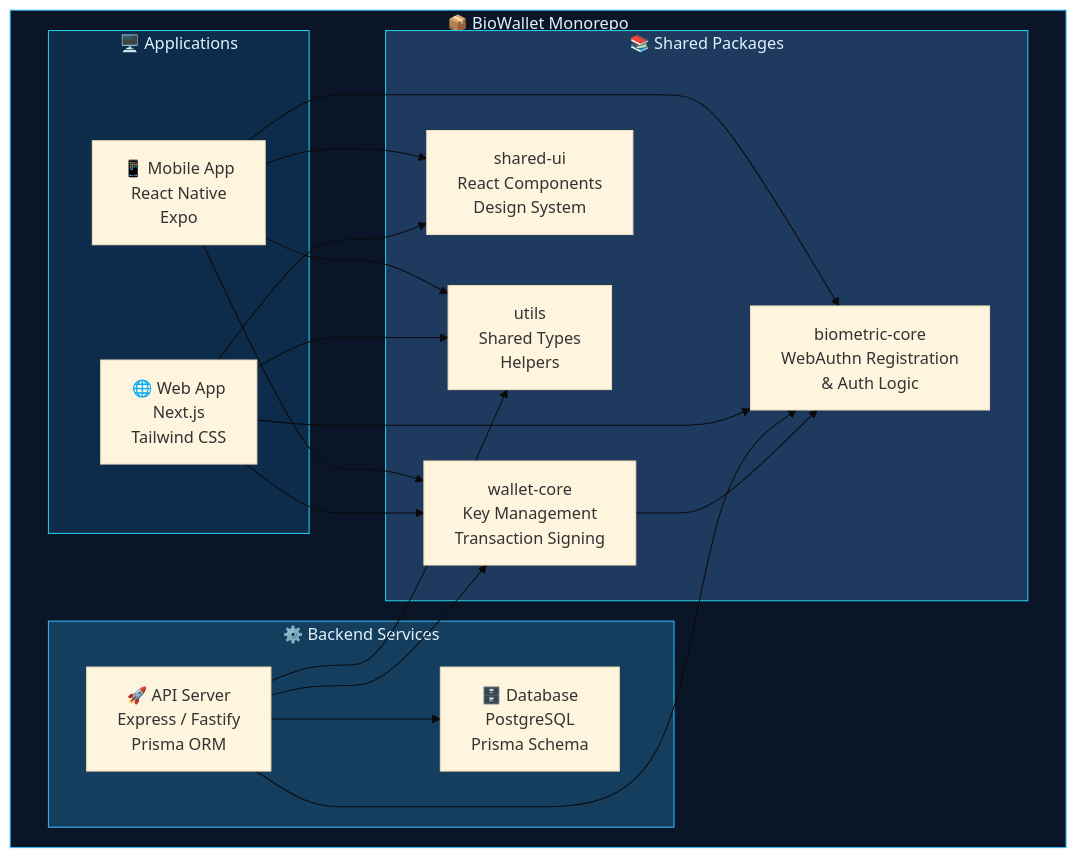
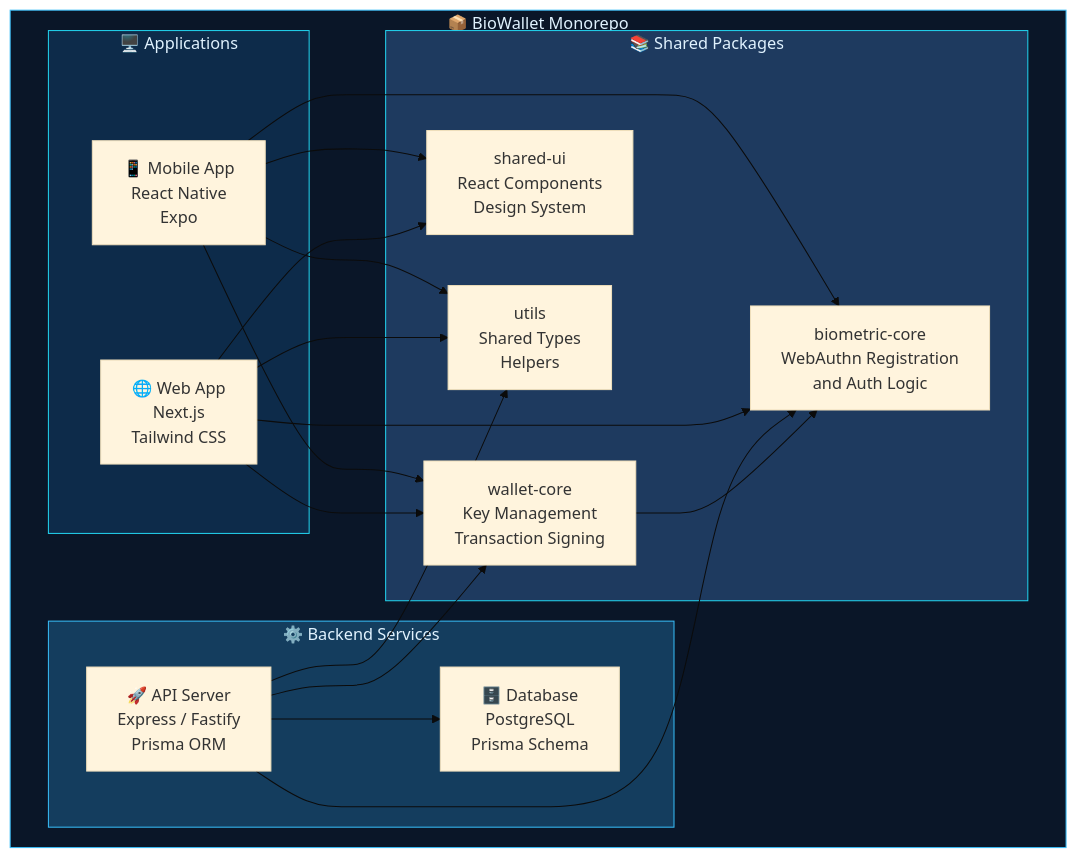
One commit to mulkymalikuldhrs/BioWallet changed the third of 4 diagrams in README.md. Above: the diagram before and after it, drawn with Mermaid (base theme). The commit also changed other lines of this file and 1 other file, not shown here.

Commit message:
🎨 Upgrade: banner image + fixed Mermaid + animations + flow diagrams

````diff
--- a/README.md
+++ b/README.md
@@ -237,43 +147,43 @@
 ```mermaid
 graph TB
     subgraph Turborepo["📦 BioWallet Monorepo"]
         subgraph Apps["🖥️ Applications"]
             Mobile["📱 Mobile App<br/>React Native<br/>Expo"]
             Web["🌐 Web App<br/>Next.js<br/>Tailwind CSS"]
         end
 
         subgraph Backend["⚙️ Backend Services"]
             API["🚀 API Server<br/>Express / Fastify<br/>Prisma ORM"]
             DB["🗄️ Database<br/>PostgreSQL<br/>Prisma Schema"]
         end
 
         subgraph Packages["📚 Shared Packages"]
-            BioCore["biometric-core<br/>WebAuthn Registration<br/>& Auth Logic"]
+            BioCore["biometric-core<br/>WebAuthn Registration<br/>and Auth Logic"]
             WalletCore["wallet-core<br/>Key Management<br/>Transaction Signing"]
             SharedUI["shared-ui<br/>React Components<br/>Design System"]
             Utils["utils<br/>Shared Types<br/>Helpers"]
         end
     end
 
     Mobile --> BioCore
     Mobile --> WalletCore
     Mobile --> SharedUI
     Mobile --> Utils
 
     Web --> BioCore
     Web --> WalletCore
     Web --> SharedUI
     Web --> Utils
 
     API --> BioCore
     API --> WalletCore
     API --> Utils
     API --> DB
 
     WalletCore --> BioCore
 
     style Turborepo fill:#0a1628,stroke:#38bdf8,color:#e0f2fe
     style Apps fill:#0d2b4a,stroke:#22d3ee,color:#e0f2fe
     style Backend fill:#143d5e,stroke:#38bdf8,color:#e0f2fe
     style Packages fill:#1e3a5f,stroke:#22d3ee,color:#e0f2fe
 ```
````
